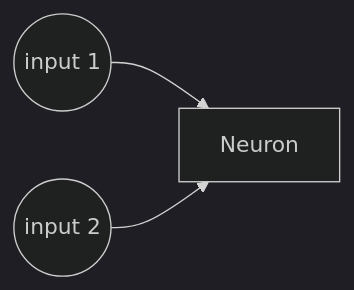
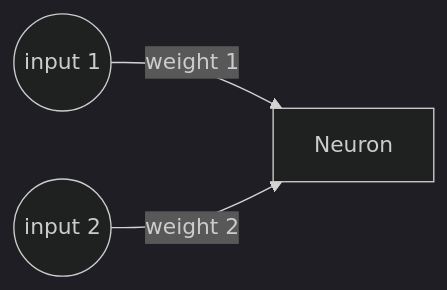
The second of 2 diagrams in docs/chapter1/neuron.md (j-siderius/TinySpark), drawn with Mermaid (dark theme) before and after one commit. The commit also changed other lines of this file, not shown here.

Commit message:
Adding content to CH1 neuron

````diff
--- a/docs/chapter1/neuron.md
+++ b/docs/chapter1/neuron.md
@@ -18,5 +16,5 @@
 ```mermaid
     graph LR
-    A((input 1)) --> B[Neuron]
-    C((input 2)) --> B
+    A((input 1)) -- weight 1 --> B[Neuron]
+    C((input 2)) -- weight 2 --> B
 ```
````
